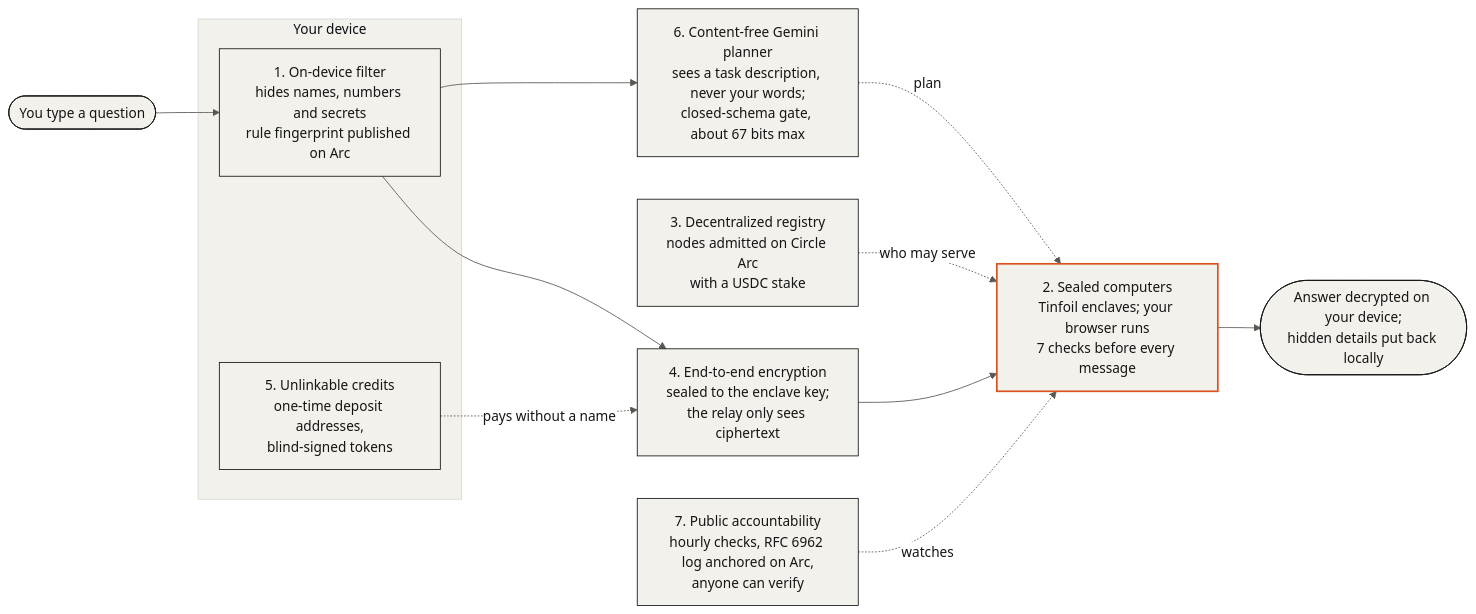
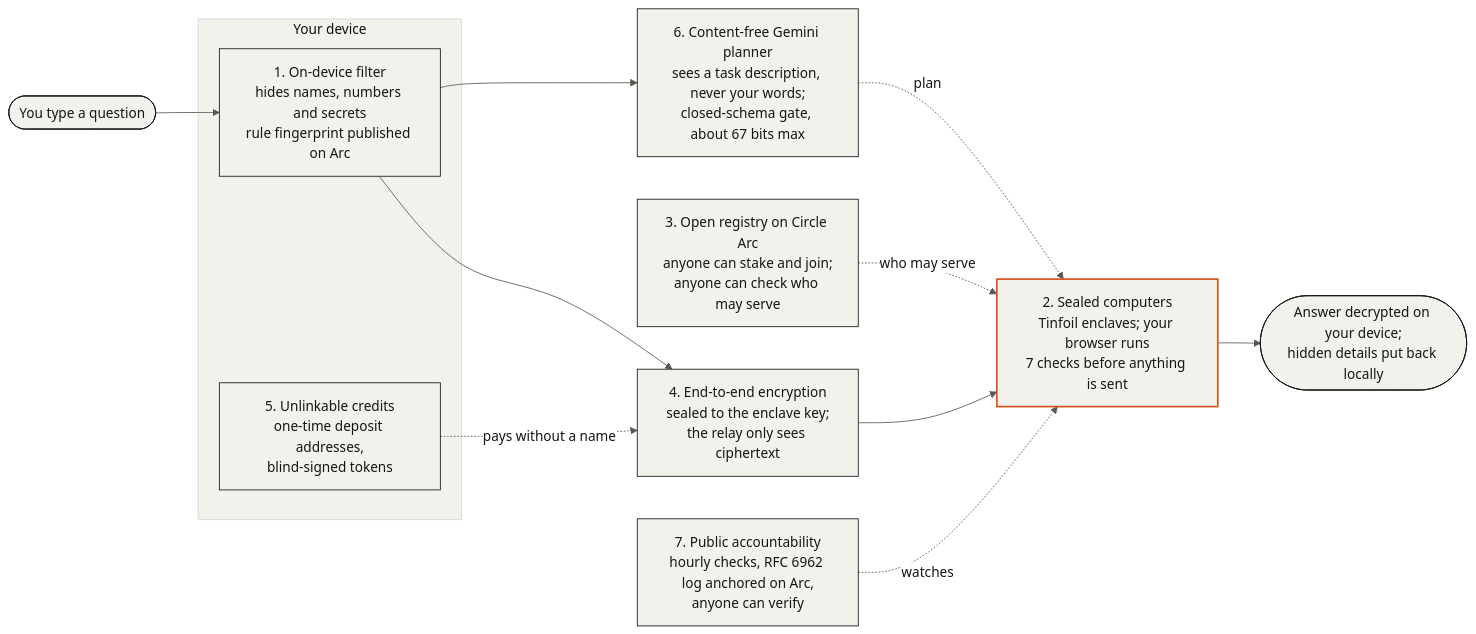
Before and after one commit to thepigdestroyer/drouter: the first of 3 diagrams in README.md, drawn with Mermaid. The commit also changed 4 other files, not shown here.

Commit message:
Docs accuracy: seal checks run before anything is sent (per session); the Arc registry is open to anyone who stakes

````diff
--- a/README.md
+++ b/README.md
@@ -24,21 +24,21 @@
 ```mermaid
 %%{init: {"theme":"base","themeVariables":{"primaryColor":"#f3f1ec","primaryTextColor":"#151515","primaryBorderColor":"#151515","lineColor":"#595752","secondaryColor":"#ffffff","tertiaryColor":"#f3f1ec","fontFamily":"Georgia, serif"}}}%%
 flowchart LR
   U(["You type a question"]) --> B1
 
   subgraph DEV["Your device"]
     B1["1. On-device filter<br/>hides names, numbers and secrets<br/>rule fingerprint published on Arc"]
     B5["5. Unlinkable credits<br/>one-time deposit addresses,<br/>blind-signed tokens"]
   end
 
   B1 --> B4["4. End-to-end encryption<br/>sealed to the enclave key;<br/>the relay only sees ciphertext"]
   B5 -. pays without a name .-> B4
-  B4 --> B2["2. Sealed computers<br/>Tinfoil enclaves; your browser runs<br/>7 checks before every message"]
-  B3["3. Decentralized registry<br/>nodes admitted on Circle Arc<br/>with a USDC stake"] -. who may serve .-> B2
+  B4 --> B2["2. Sealed computers<br/>Tinfoil enclaves; your browser runs<br/>7 checks before anything is sent"]
+  B3["3. Open registry on Circle Arc<br/>anyone can stake and join;<br/>anyone can check who may serve"] -. who may serve .-> B2
   B1 --> B6["6. Content-free Gemini planner<br/>sees a task description, never your words;<br/>closed-schema gate, about 67 bits max"]
   B6 -. plan .-> B2
   B2 --> R(["Answer decrypted on your device;<br/>hidden details put back locally"])
   B7["7. Public accountability<br/>hourly checks, RFC 6962 log anchored on Arc,<br/>anyone can verify"] -. watches .-> B2
 
   style B2 stroke:#d9531e,stroke-width:2px
 ```
````
